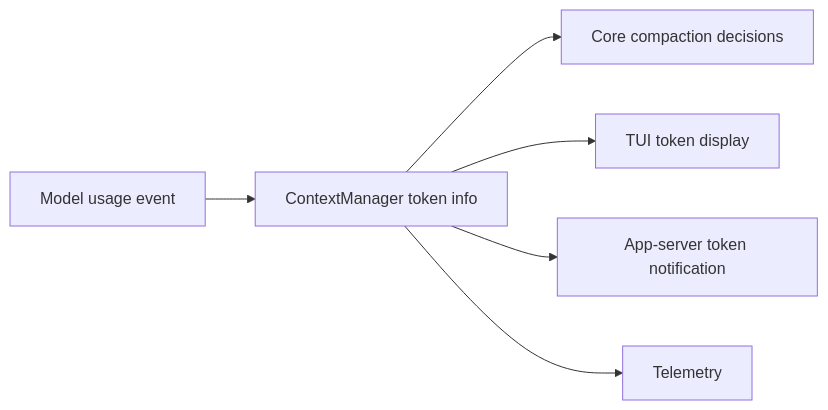
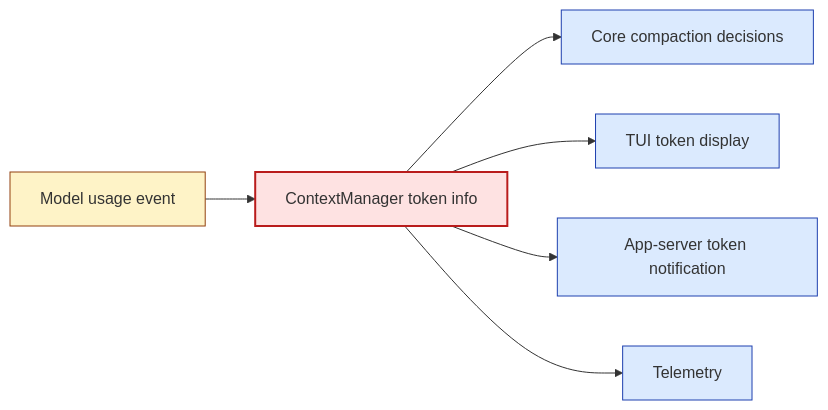
One commit to WineChord/books changed the first of 2 diagrams in docs/codex-context-management/chapter-08.md. Above: the diagram before and after it, drawn with Mermaid. The commit also changed other lines of this file and 21 other files, not shown here.

````diff
--- a/docs/codex-context-management/chapter-08.md
+++ b/docs/codex-context-management/chapter-08.md
@@ -36,8 +52,14 @@
 ```mermaid
 graph LR
   A[Model usage event] --> B[ContextManager token info]
   B --> C[Core compaction decisions]
   B --> D[TUI token display]
   B --> E[App-server token notification]
   B --> F[Telemetry]
+  classDef src fill:#fef3c7,stroke:#92400e;
+  classDef hub fill:#fee2e2,stroke:#b91c1c,stroke-width:2px;
+  classDef sink fill:#dbeafe,stroke:#1e40af;
+  class A src;
+  class B hub;
+  class C,D,E,F sink;
 ```
````
